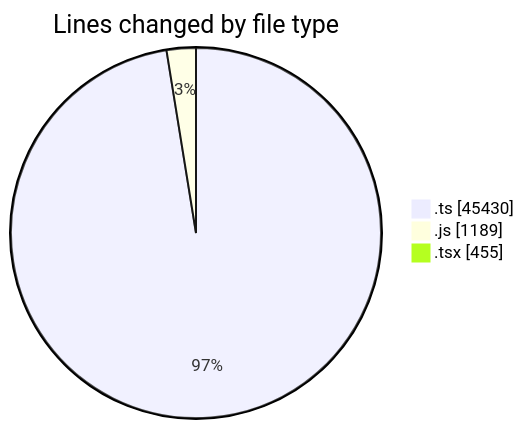
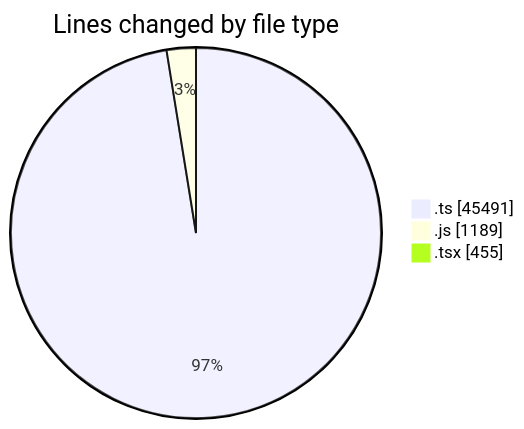
Before and after one commit to momahboobian/code-tracking: the first of 2 diagrams in 2026-11-03/cda/README.md, drawn with Mermaid. The commit also changed other lines of this file and 1 other file, not shown here.

````diff
--- a/2026-11-03/cda/README.md
+++ b/2026-11-03/cda/README.md
@@ -40,7 +40,7 @@
 ```mermaid
 pie showData
 title Lines changed by file type
-".ts" : 45430
+".ts" : 45491
 ".js" : 1189
 ".tsx" : 455
 ```
````
